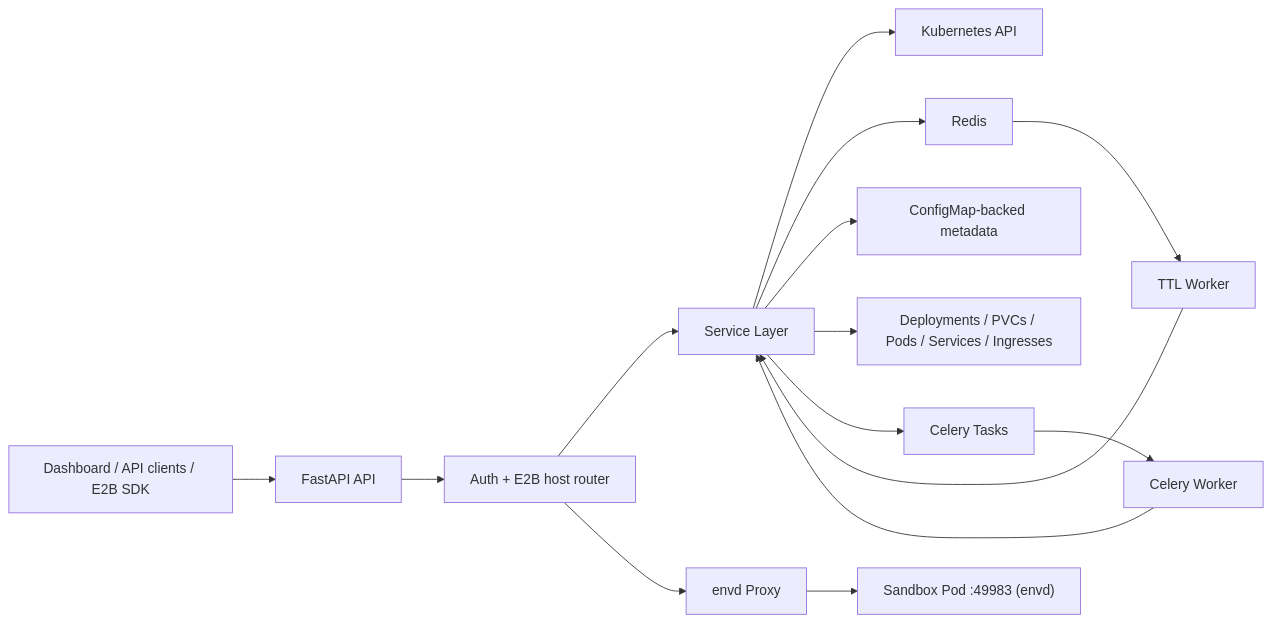
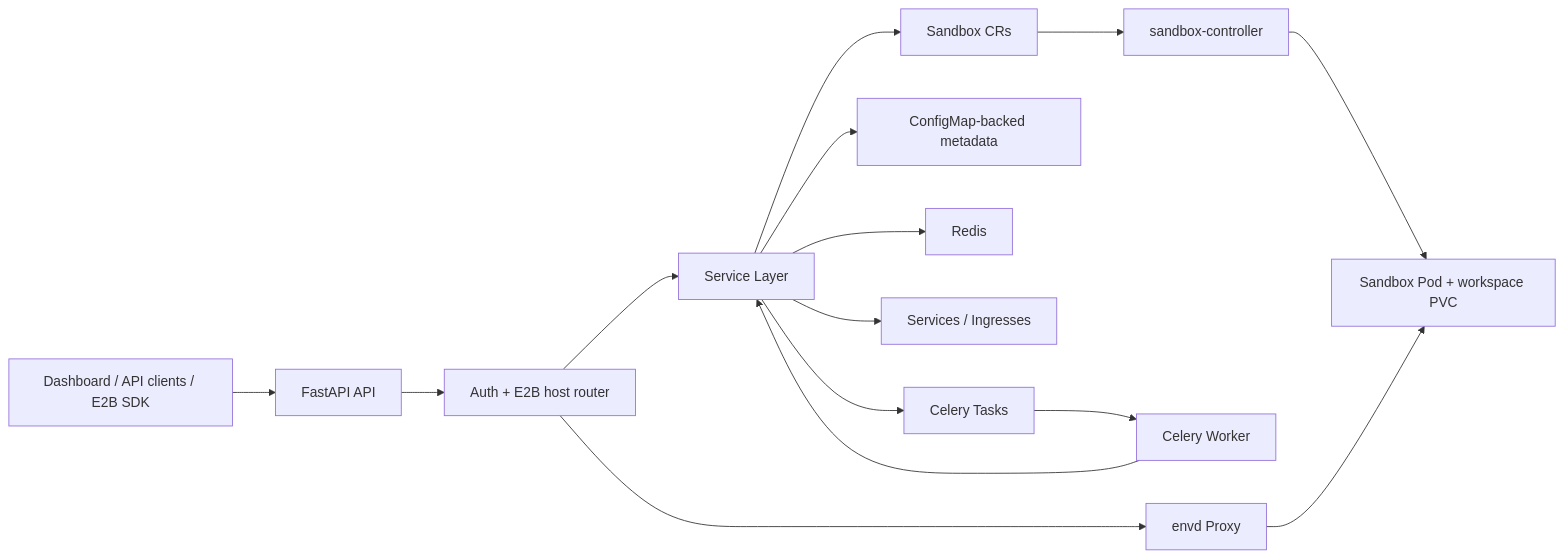
The diagram in orchestrator/ARCHITECTURE.md (iwrs712/litterbox), drawn with Mermaid before and after one commit. The commit also changed other lines of this file and 28 other files, not shown here.

First line of the commit message:
refactor: make CRD the only sandbox lifecycle

````diff
--- a/orchestrator/ARCHITECTURE.md
+++ b/orchestrator/ARCHITECTURE.md
@@ -33,17 +34,17 @@
 ```mermaid
 flowchart LR
     Client["Dashboard / API clients / E2B SDK"] --> API["FastAPI API"]
     API --> Auth["Auth + E2B host router"]
     Auth --> Services["Service Layer"]
     Auth --> Proxy["envd Proxy"]
-    Services --> K8s["Kubernetes API"]
+    Services --> CRD["Sandbox CRs"]
+    Services --> CM["ConfigMap-backed metadata"]
     Services --> Redis["Redis"]
-    Services --> CM["ConfigMap-backed metadata"]
-    Services --> Deploy["Deployments / PVCs / Pods / Services / Ingresses"]
-    Proxy --> Pods["Sandbox Pod :49983 (envd)"]
+    Services --> Expose["Services / Ingresses"]
+    CRD --> Controller["sandbox-controller"]
+    Controller --> Pods["Sandbox Pod + workspace PVC"]
+    Proxy --> Pods
     Services --> Celery["Celery Tasks"]
     Celery --> Worker["Celery Worker"]
     Worker --> Services
-    Redis --> TTL["TTL Worker"]
-    TTL --> Services
 ```
````
